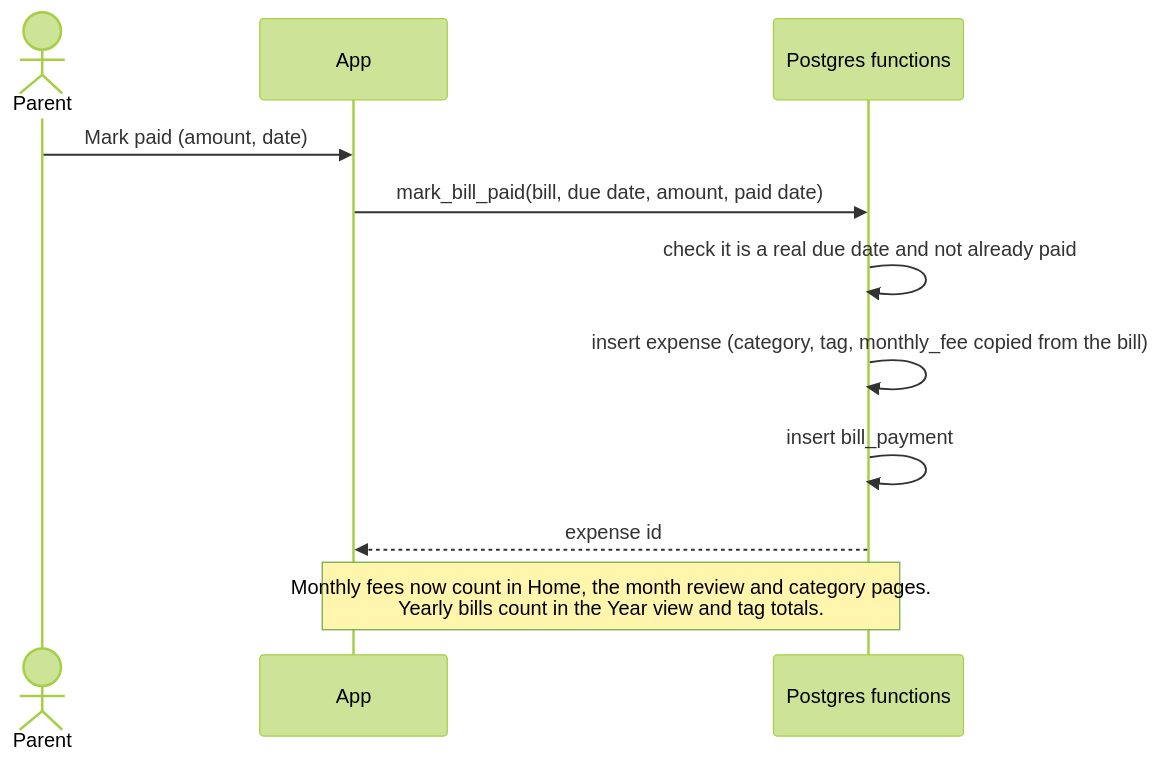
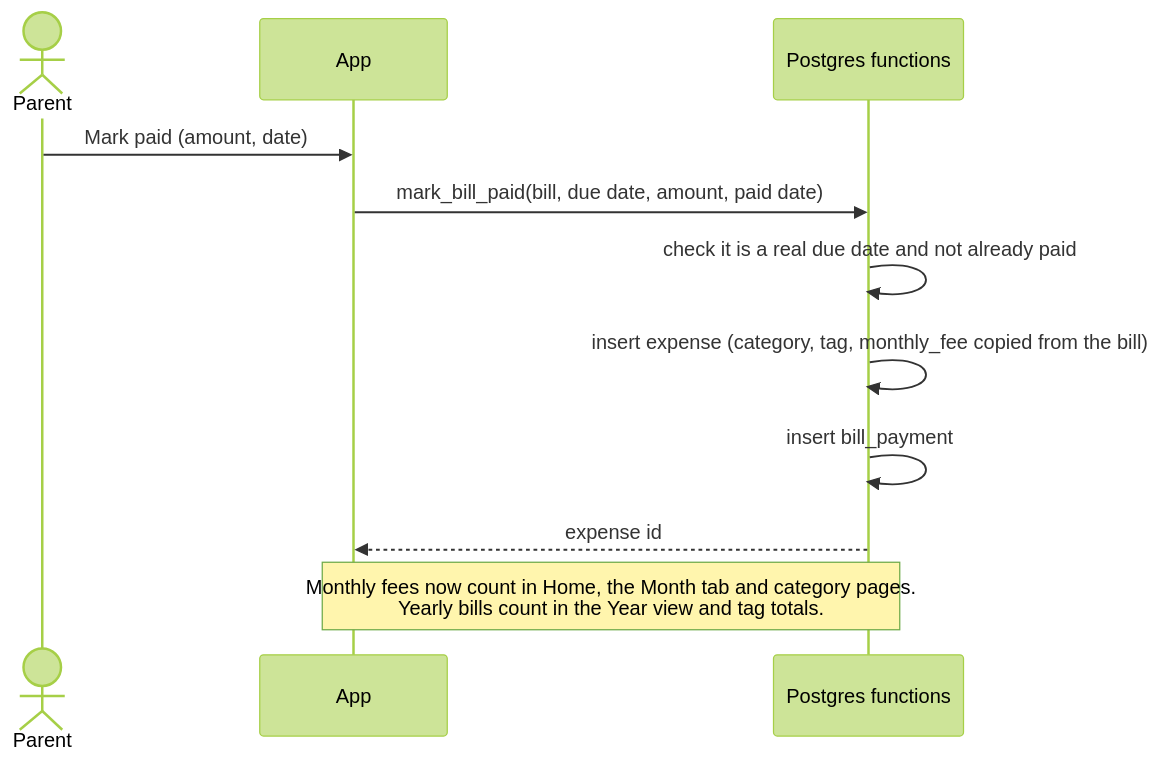
Before and after one commit to tqnhu/FamilyFinance: the sixth of 6 diagrams in docs/ARCHITECTURE.md, drawn with Mermaid (forest theme). The commit also changed other lines of this file and 21 other files, not shown here.

First line of the commit message:
Review redesigned: Month and Year with a pie, budget hints and goals

````diff
--- a/docs/ARCHITECTURE.md
+++ b/docs/ARCHITECTURE.md
@@ -314,13 +314,13 @@
 ```mermaid
 sequenceDiagram
   actor P as Parent
   participant A as App
   participant D as Postgres functions
   P->>A: Mark paid (amount, date)
   A->>D: mark_bill_paid(bill, due date, amount, paid date)
   D->>D: check it is a real due date and not already paid
   D->>D: insert expense (category, tag, monthly_fee copied from the bill)
   D->>D: insert bill_payment
   D-->>A: expense id
-  Note over A,D: Monthly fees now count in Home, the month review and category pages.<br/>Yearly bills count in the Year view and tag totals.
+  Note over A,D: Monthly fees now count in Home, the Month tab and category pages.<br/>Yearly bills count in the Year view and tag totals.
 ```
````
